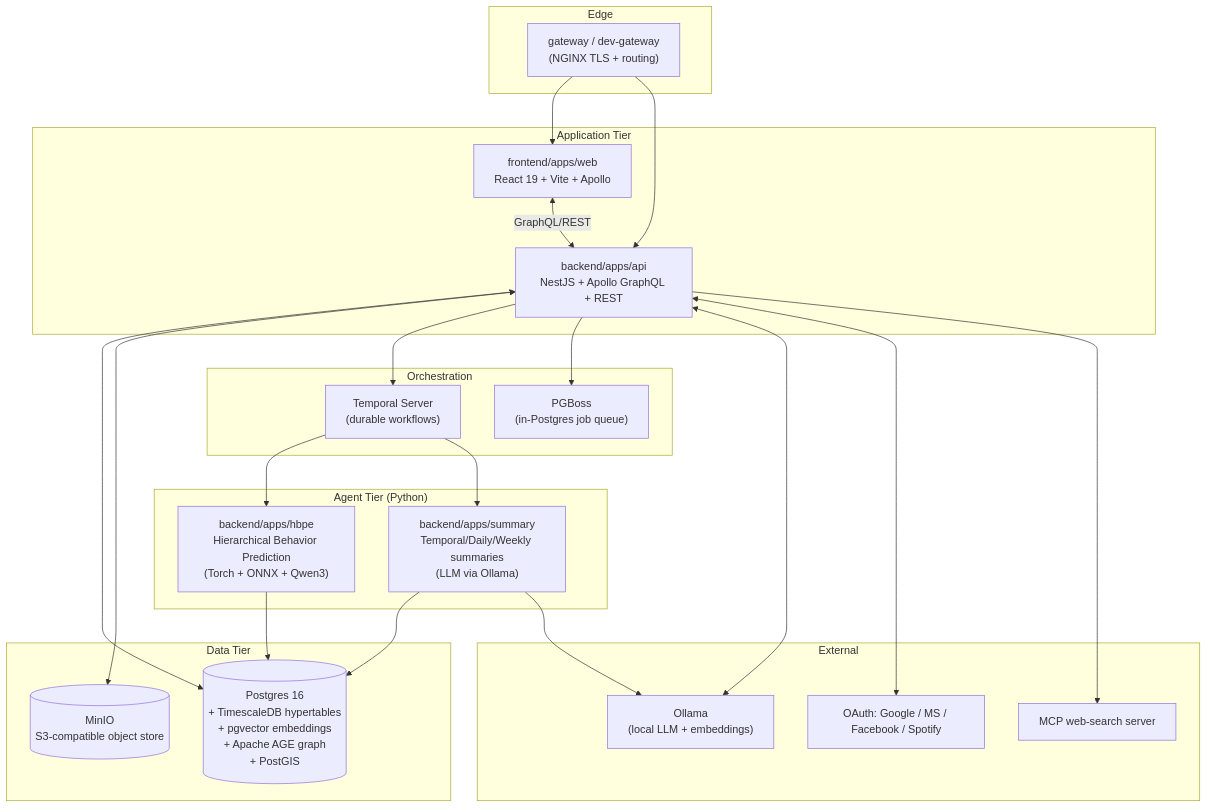
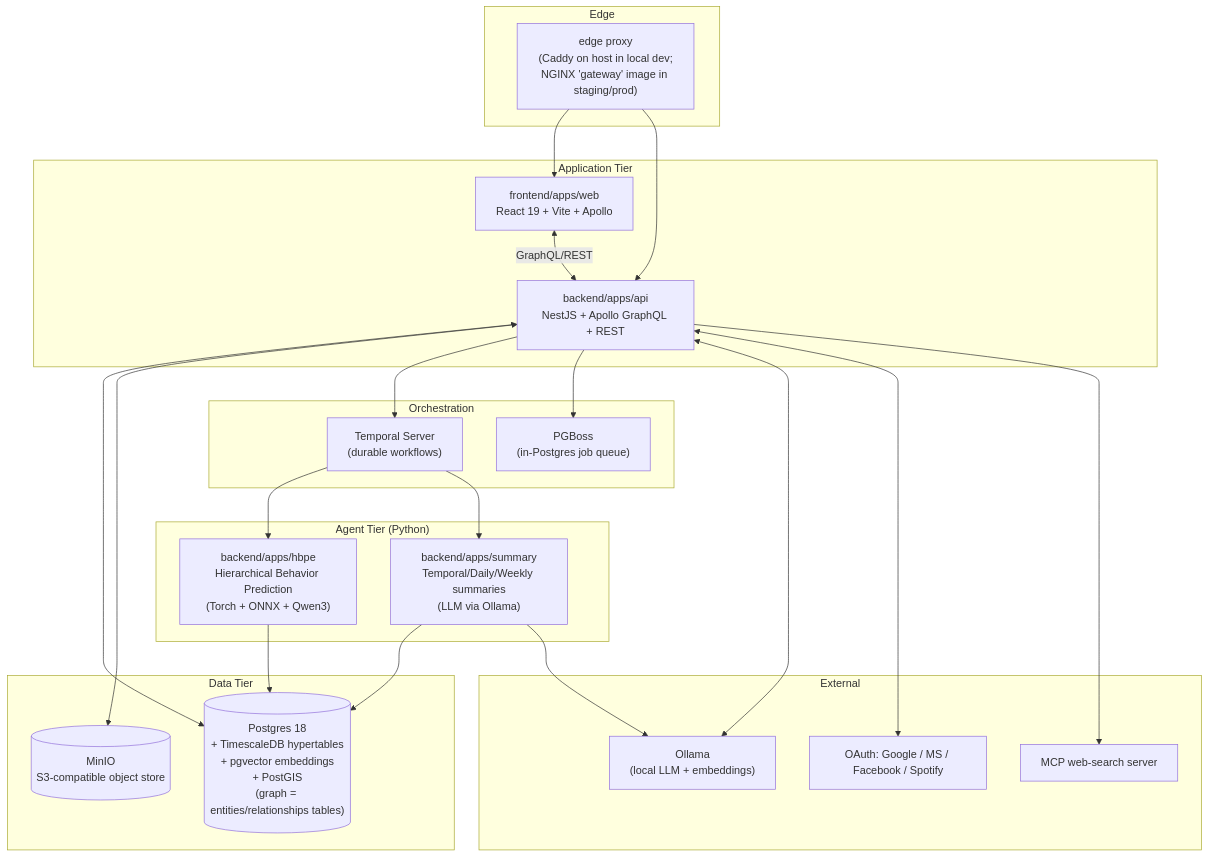
One commit to bennettchamberlain/Requiemv1 changed the second of 6 diagrams in docs/architecture/architecture.md. Above: the diagram before and after it, drawn with Mermaid. The commit also changed other lines of this file and 4 other files, not shown here.

First line of the commit message:
docs: reconcile stack facts across README, CLAUDE, copilot, architecture

````diff
--- a/docs/architecture/architecture.md
+++ b/docs/architecture/architecture.md
@@ -95,48 +95,48 @@
 ```mermaid
 flowchart TB
     subgraph Edge
-      NGINX["gateway / dev-gateway<br/>(NGINX TLS + routing)"]
+      NGINX["edge proxy<br/>(Caddy on host in local dev;<br/>NGINX 'gateway' image in staging/prod)"]
     end
 
     subgraph App["Application Tier"]
       WEB["frontend/apps/web<br/>React 19 + Vite + Apollo"]
       API["backend/apps/api<br/>NestJS + Apollo GraphQL + REST"]
     end
 
     subgraph Agents["Agent Tier (Python)"]
       HBPE["backend/apps/hbpe<br/>Hierarchical Behavior Prediction<br/>(Torch + ONNX + Qwen3)"]
       SUM["backend/apps/summary<br/>Temporal/Daily/Weekly summaries<br/>(LLM via Ollama)"]
     end
 
     subgraph Data["Data Tier"]
-      PG[("Postgres 16<br/>+ TimescaleDB hypertables<br/>+ pgvector embeddings<br/>+ Apache AGE graph<br/>+ PostGIS")]
+      PG[("Postgres 18<br/>+ TimescaleDB hypertables<br/>+ pgvector embeddings<br/>+ PostGIS<br/>(graph = entities/relationships tables)")]
       OBJ[("MinIO<br/>S3-compatible object store")]
     end
 
     subgraph Orchestration
       TEMP["Temporal Server<br/>(durable workflows)"]
       PGBOSS["PGBoss<br/>(in-Postgres job queue)"]
     end
 
     subgraph External
       OLLAMA["Ollama<br/>(local LLM + embeddings)"]
       OAUTH["OAuth: Google / MS / Facebook / Spotify"]
       MCPWS["MCP web-search server"]
     end
 
     NGINX --> WEB
     NGINX --> API
     WEB <-- "GraphQL/REST" --> API
     API <--> PG
     API <--> OBJ
     API --> TEMP
     API --> PGBOSS
     API <--> OLLAMA
     API <--> OAUTH
     API --> MCPWS
     TEMP --> HBPE
     TEMP --> SUM
     HBPE --> PG
     SUM --> PG
     SUM --> OLLAMA
 ```
````
